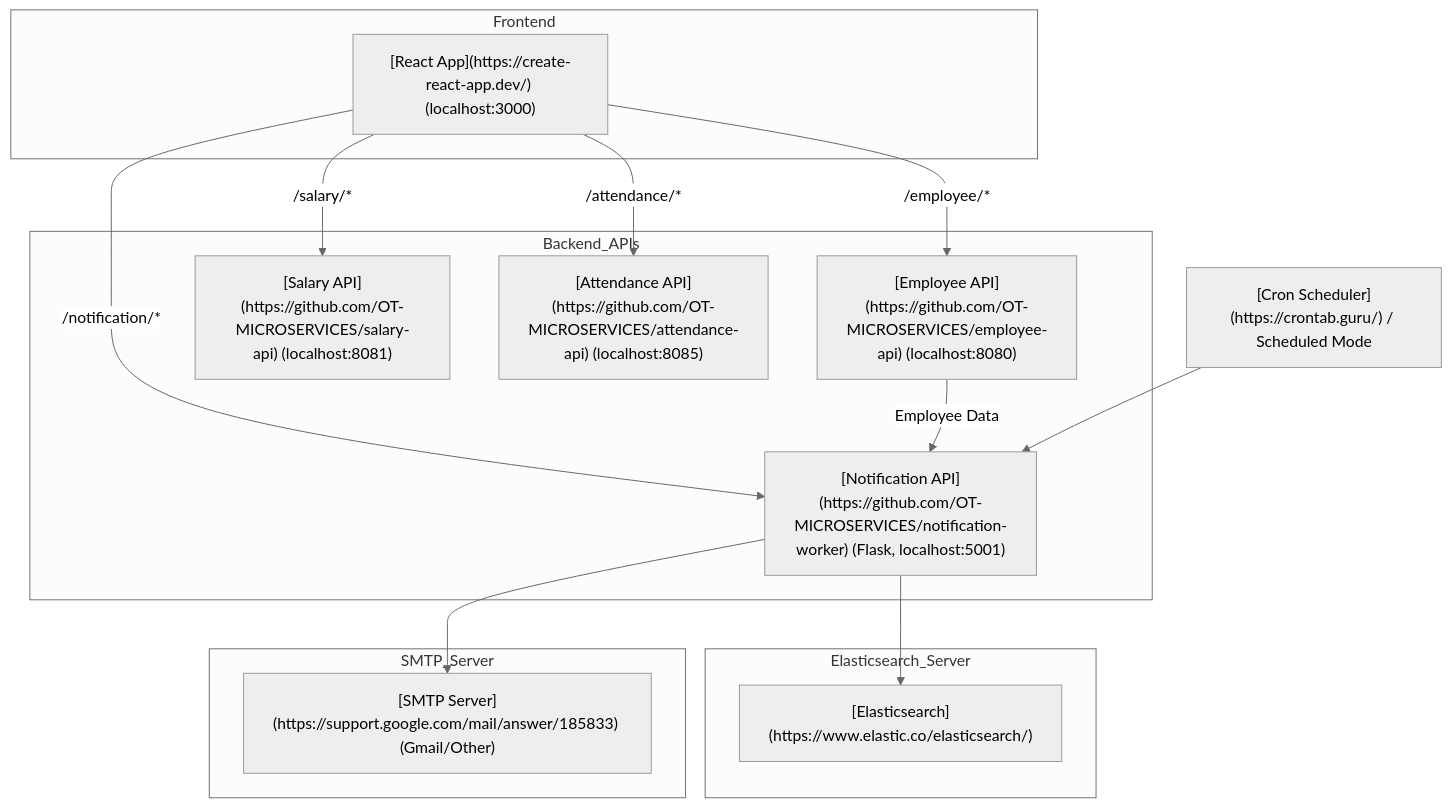
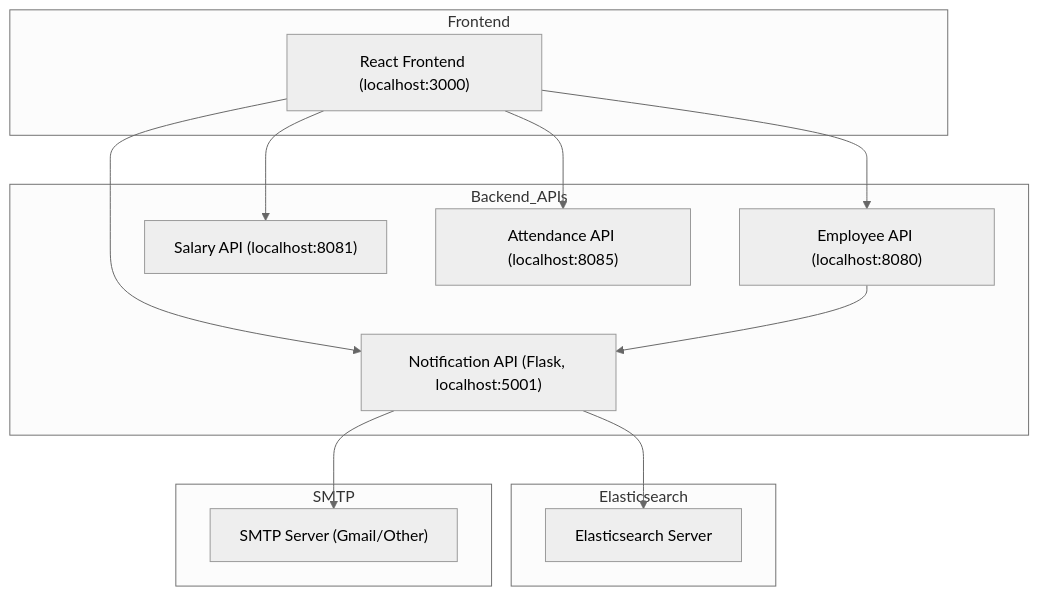
One commit to SyedRehanAli25/Rehan-Repository-1 changed the first of 2 diagrams in SOPREADME.md. Above: the diagram before and after it, drawn with Mermaid (neutral theme). The commit also changed other lines of this file, not shown here.

First line of the commit message:
Revise Notification API documentation

````diff
--- a/SOPREADME.md
+++ b/SOPREADME.md
@@ -183,32 +78,30 @@
 ```mermaid
 flowchart TD
     subgraph Frontend
-        ReactApp["[React App](https://create-react-app.dev/) (localhost:3000)"]
+        ReactApp["React Frontend (localhost:3000)"]
     end
 
     subgraph Backend_APIs
-        EmployeeAPI["[Employee API](https://github.com/OT-MICROSERVICES/employee-api) (localhost:8080)"]
-        SalaryAPI["[Salary API](https://github.com/OT-MICROSERVICES/salary-api) (localhost:8081)"]
-        AttendanceAPI["[Attendance API](https://github.com/OT-MICROSERVICES/attendance-api) (localhost:8085)"]
-        NotificationAPI["[Notification API](https://github.com/OT-MICROSERVICES/notification-worker) (Flask, localhost:5001)"]
+        EmployeeAPI["Employee API (localhost:8080)"]
+        SalaryAPI["Salary API (localhost:8081)"]
+        AttendanceAPI["Attendance API (localhost:8085)"]
+        NotificationAPI["Notification API (Flask, localhost:5001)"]
     end
 
-    subgraph Elasticsearch_Server
-        ES["[Elasticsearch](https://www.elastic.co/elasticsearch/)"]
+    subgraph Elasticsearch
+        ES["Elasticsearch Server"]
     end
 
-    subgraph SMTP_Server
-        SMTP["[SMTP Server](https://support.google.com/mail/answer/185833) (Gmail/Other)"]
+    subgraph SMTP
+        Mail["SMTP Server (Gmail/Other)"]
     end
 
-    ReactApp -->|/employee/*| EmployeeAPI
-    ReactApp -->|/salary/*| SalaryAPI
-    ReactApp -->|/attendance/*| AttendanceAPI
-    ReactApp -->|/notification/*| NotificationAPI
+    ReactApp --> EmployeeAPI
+    ReactApp --> SalaryAPI
+    ReactApp --> AttendanceAPI
+    ReactApp --> NotificationAPI
 
     NotificationAPI --> ES
-    NotificationAPI --> SMTP
-    EmployeeAPI -->|Employee Data| NotificationAPI
-
-    CronJob["[Cron Scheduler](https://crontab.guru/) / Scheduled Mode"] --> NotificationAPI
+    NotificationAPI --> Mail
+    EmployeeAPI --> NotificationAPI
 ```
````
